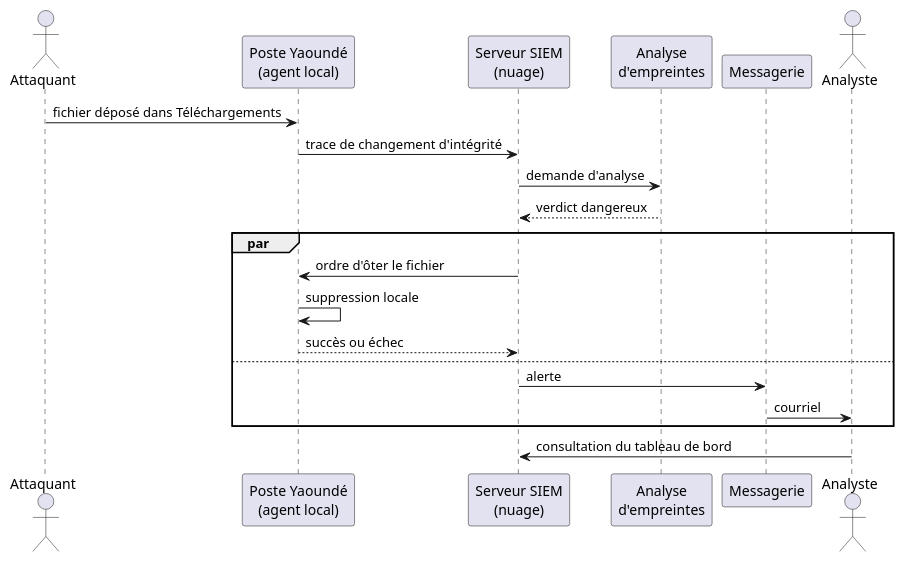
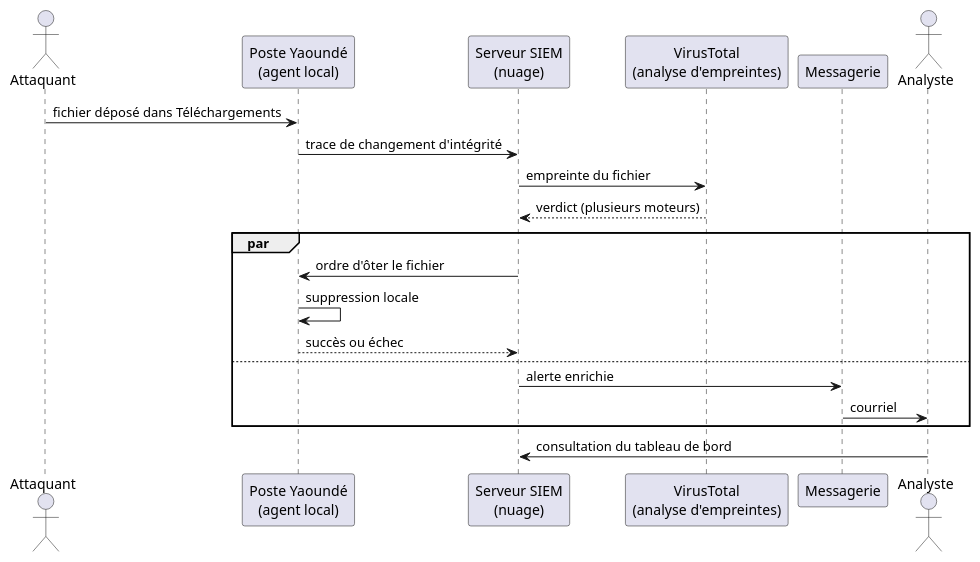
The third of 4 diagrams in rapport/chapitre-3.md (nklorenzo/wazuh-cloud-deployment-pipeline), drawn with PlantUML before and after one commit. The commit also changed other lines of this file, not shown here.

First line of the commit message:
docs: expliciter VirusTotal dans la séquence de détection malware

````diff
--- a/rapport/chapitre-3.md
+++ b/rapport/chapitre-3.md
@@ -189,26 +191,26 @@
 ```plantuml
 @startuml
 actor "Attaquant" as A
 participant "Poste Yaoundé\n(agent local)" as P
 participant "Serveur SIEM\n(nuage)" as S
-participant "Analyse\nd'empreintes" as VT
+participant "VirusTotal\n(analyse d'empreintes)" as VT
 participant "Messagerie" as M
 actor "Analyste" as An
 
 A -> P : fichier déposé dans Téléchargements
 P -> S : trace de changement d'intégrité
-S -> VT : demande d'analyse
-VT --> S : verdict dangereux
+S -> VT : empreinte du fichier
+VT --> S : verdict (plusieurs moteurs)
 
 par
   S -> P : ordre d'ôter le fichier
   P -> P : suppression locale
   P --> S : succès ou échec
 else
-  S -> M : alerte
+  S -> M : alerte enrichie
   M -> An : courriel
 end
 
 An -> S : consultation du tableau de bord
 @enduml
 ```
````
